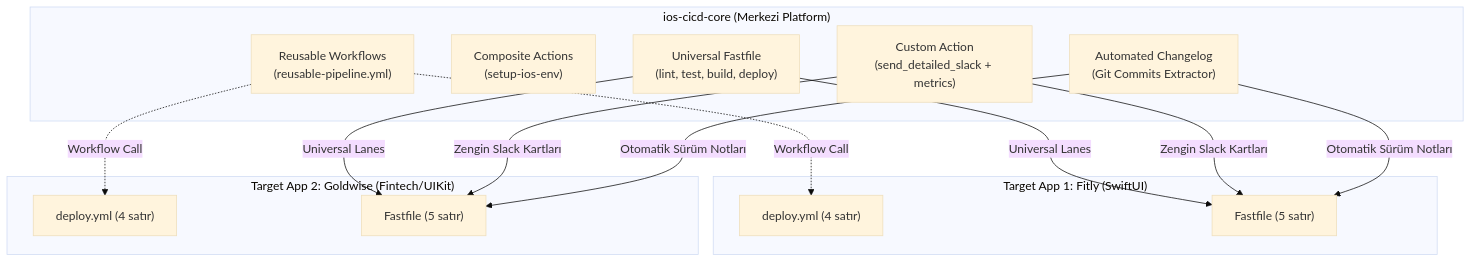
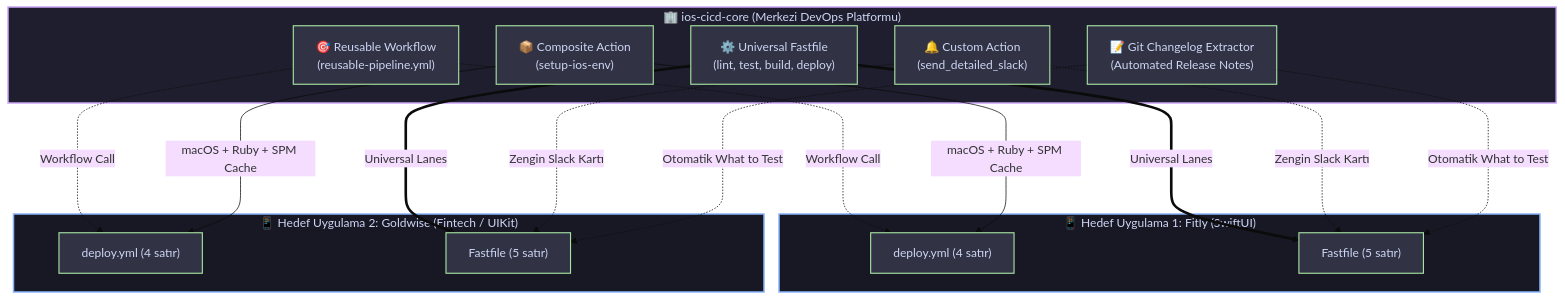
The diagram in README.md (hakankorhasan/ios-cicd-core), drawn with Mermaid (base theme) before and after one commit. The commit also changed other lines of this file, not shown here.

Commit message:
docs: enrich README with badges, styled mermaid diagram, and preview cards

````diff
--- a/README.md
+++ b/README.md
@@ -29,29 +59,38 @@
 ```mermaid
 flowchart TD
-    subgraph Core ["ios-cicd-core (Merkezi Platform)"]
-        RW["Reusable Workflows<br/>(reusable-pipeline.yml)"]
-        CA["Composite Actions<br/>(setup-ios-env)"]
-        FL["Universal Fastfile<br/>(lint, test, build, deploy)"]
-        SA["Custom Action<br/>(send_detailed_slack + metrics)"]
-        CL["Automated Changelog<br/>(Git Commits Extractor)"]
+    classDef coreStyle fill:#1e1e2e,stroke:#cba6f7,stroke-width:2px,color:#cdd6f4;
+    classDef appStyle fill:#181825,stroke:#89b4fa,stroke-width:2px,color:#cdd6f4;
+    classDef actionStyle fill:#313244,stroke:#a6e3a1,stroke-width:1.5px,color:#cdd6f4;
+
+    subgraph Core ["🏢 ios-cicd-core (Merkezi DevOps Platformu)"]
+        RW["🎯 Reusable Workflow<br/>(reusable-pipeline.yml)"]:::actionStyle
+        CA["📦 Composite Action<br/>(setup-ios-env)"]:::actionStyle
+        FL["⚙️ Universal Fastfile<br/>(lint, test, build, deploy)"]:::actionStyle
+        SA["🔔 Custom Action<br/>(send_detailed_slack)"]:::actionStyle
+        CL["📝 Git Changelog Extractor<br/>(Automated Release Notes)"]:::actionStyle
     end
+    class Core coreStyle;
 
-    subgraph App1 ["Target App 1: Fitly (SwiftUI)"]
-        W1["deploy.yml (4 satır)"]
-        F1["Fastfile (5 satır)"]
+    subgraph App1 ["📱 Hedef Uygulama 1: Fitly (SwiftUI)"]
+        W1["deploy.yml (4 satır)"]:::actionStyle
+        F1["Fastfile (5 satır)"]:::actionStyle
     end
+    class App1 appStyle;
 
-    subgraph App2 ["Target App 2: Goldwise (Fintech/UIKit)"]
-        W2["deploy.yml (4 satır)"]
-        F2["Fastfile (5 satır)"]
+    subgraph App2 ["📱 Hedef Uygulama 2: Goldwise (Fintech / UIKit)"]
+        W2["deploy.yml (4 satır)"]:::actionStyle
+        F2["Fastfile (5 satır)"]:::actionStyle
     end
+    class App2 appStyle;
 
     RW -.->|Workflow Call| W1
     RW -.->|Workflow Call| W2
-    FL -->|Universal Lanes| F1
-    FL -->|Universal Lanes| F2
-    SA -->|Zengin Slack Kartları| F1
-    SA -->|Zengin Slack Kartları| F2
-    CL -->|Otomatik Sürüm Notları| F1
-    CL -->|Otomatik Sürüm Notları| F2
+    CA -->|macOS + Ruby + SPM Cache| W1
+    CA -->|macOS + Ruby + SPM Cache| W2
+    FL ===>|Universal Lanes| F1
+    FL ===>|Universal Lanes| F2
+    SA -.->|Zengin Slack Kartı| F1
+    SA -.->|Zengin Slack Kartı| F2
+    CL -.->|Otomatik What to Test| F1
+    CL -.->|Otomatik What to Test| F2
 ```
````
